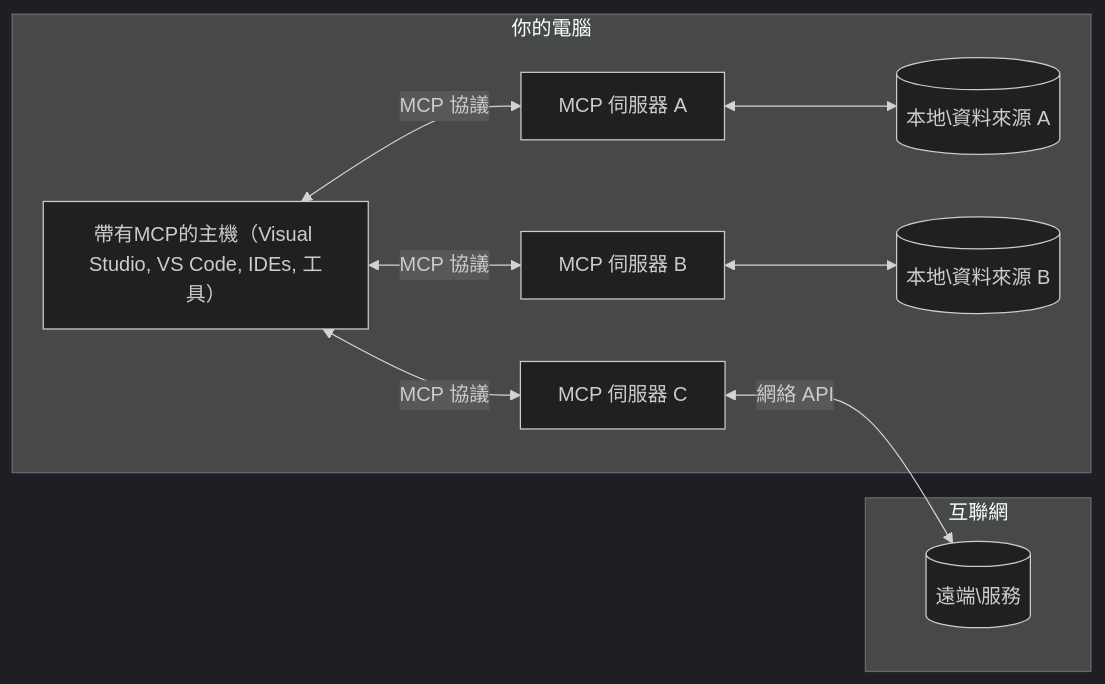
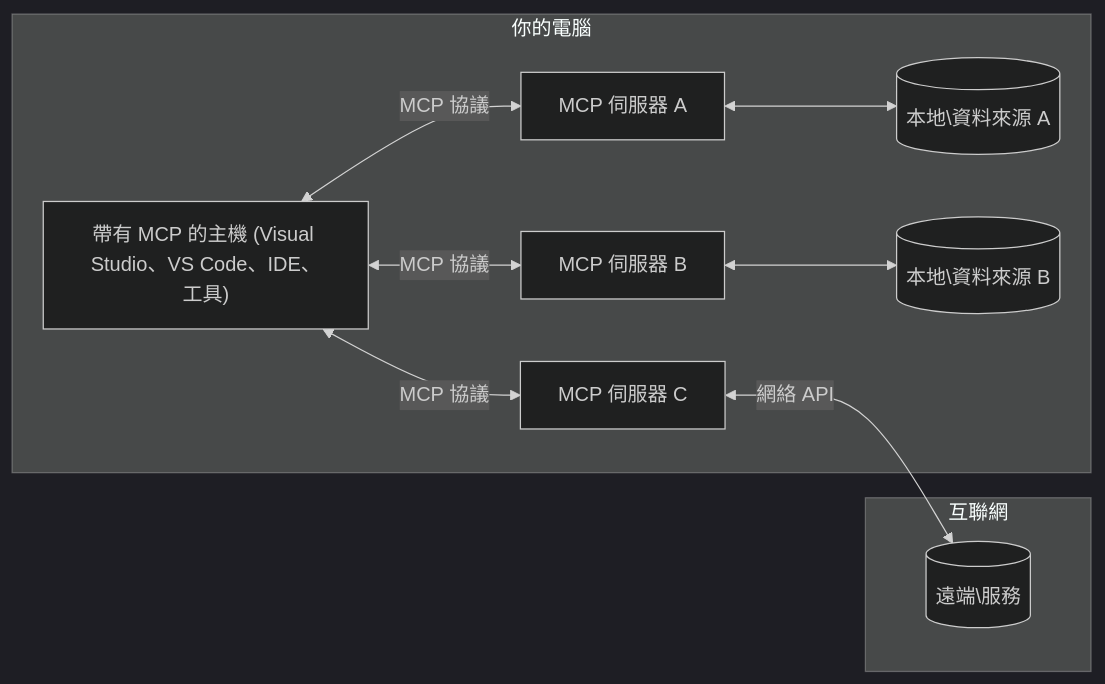
One commit to Mu-L/mcp-for-beginners changed the diagram in translations/zh-MO/01-CoreConcepts/README.md. Above: the diagram before and after it, drawn with Mermaid (dark theme). The commit also changed other lines of this file and 5 other files, not shown here.

````diff
--- a/translations/zh-MO/01-CoreConcepts/README.md
+++ b/translations/zh-MO/01-CoreConcepts/README.md
@@ -42,17 +42,17 @@
 ```mermaid
 flowchart LR
     subgraph "你的電腦"
-        Host["帶有MCP的主機（Visual Studio, VS Code, IDEs, 工具）"]
+        Host["帶有 MCP 的主機 (Visual Studio、VS Code、IDE、工具)"]
         S1["MCP 伺服器 A"]
         S2["MCP 伺服器 B"]
         S3["MCP 伺服器 C"]
         Host <-->|"MCP 協議"| S1
         Host <-->|"MCP 協議"| S2
         Host <-->|"MCP 協議"| S3
         S1 <--> D1[("本地\資料來源 A")]
         S2 <--> D2[("本地\資料來源 B")]
     end
     subgraph "互聯網"
         S3 <-->|"網絡 API"| D3[("遠端\服務")]
     end
 ```
````
